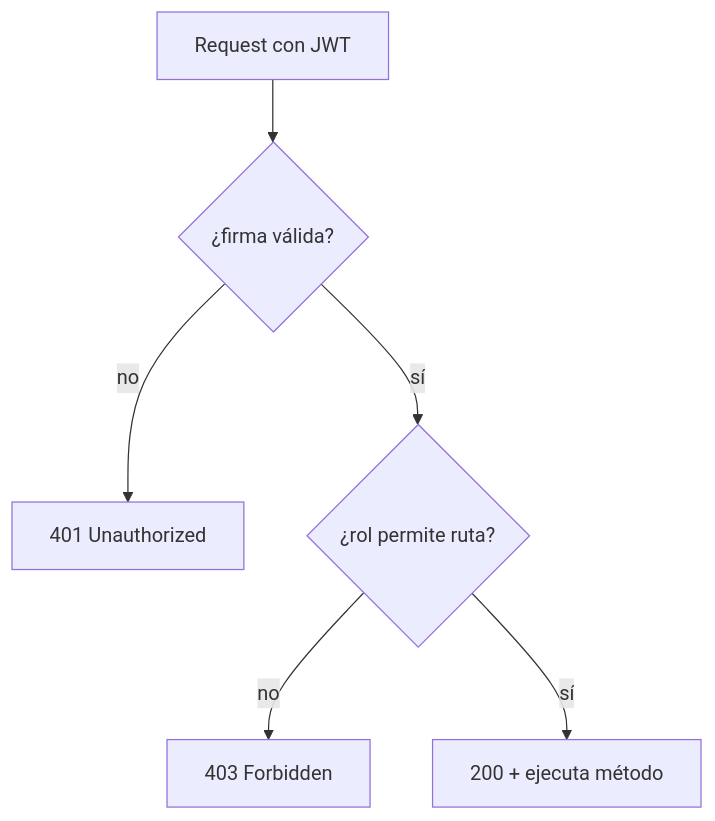
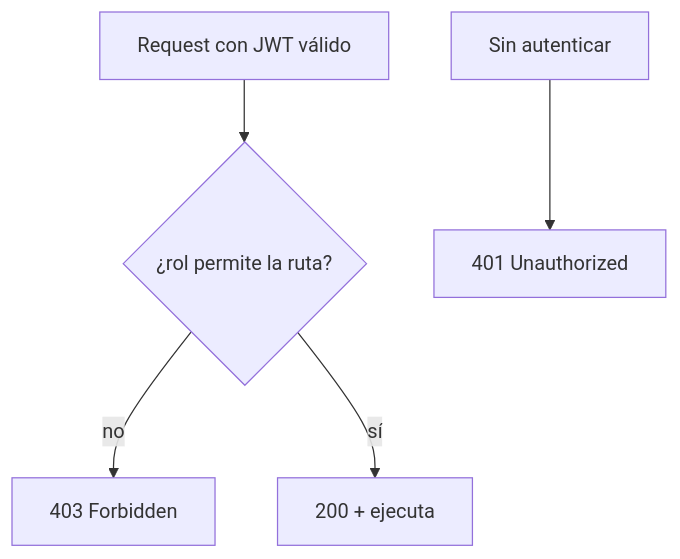
The third of 4 diagrams in Programación/Aprendizaje autodidacta/11_APIRESTMasterclass/teoria/18_Seguridad_JWT.md (obiticadev/DAM-2025-26), drawn with Mermaid before and after one commit. The commit also changed other lines of this file and 69 other files, not shown here.

````diff
--- a/Programación/Aprendizaje autodidacta/11_APIRESTMasterclass/teoria/18_Seguridad_JWT.md
+++ b/Programación/Aprendizaje autodidacta/11_APIRESTMasterclass/teoria/18_Seguridad_JWT.md
@@ -50,8 +277,7 @@
 ```mermaid
 flowchart TD
-    REQ[Request con JWT] --> AUTH{¿firma válida?}
-    AUTH -->|no| E401[401 Unauthorized]
-    AUTH -->|sí| ROL{¿rol permite ruta?}
+    REQ[Request con JWT válido] --> ROL{¿rol permite la ruta?}
     ROL -->|no| E403[403 Forbidden]
-    ROL -->|sí| OK[200 + ejecuta método]
+    ROL -->|sí| OK[200 + ejecuta]
+    NOAUTH[Sin autenticar] --> E401[401 Unauthorized]
 ```
````
